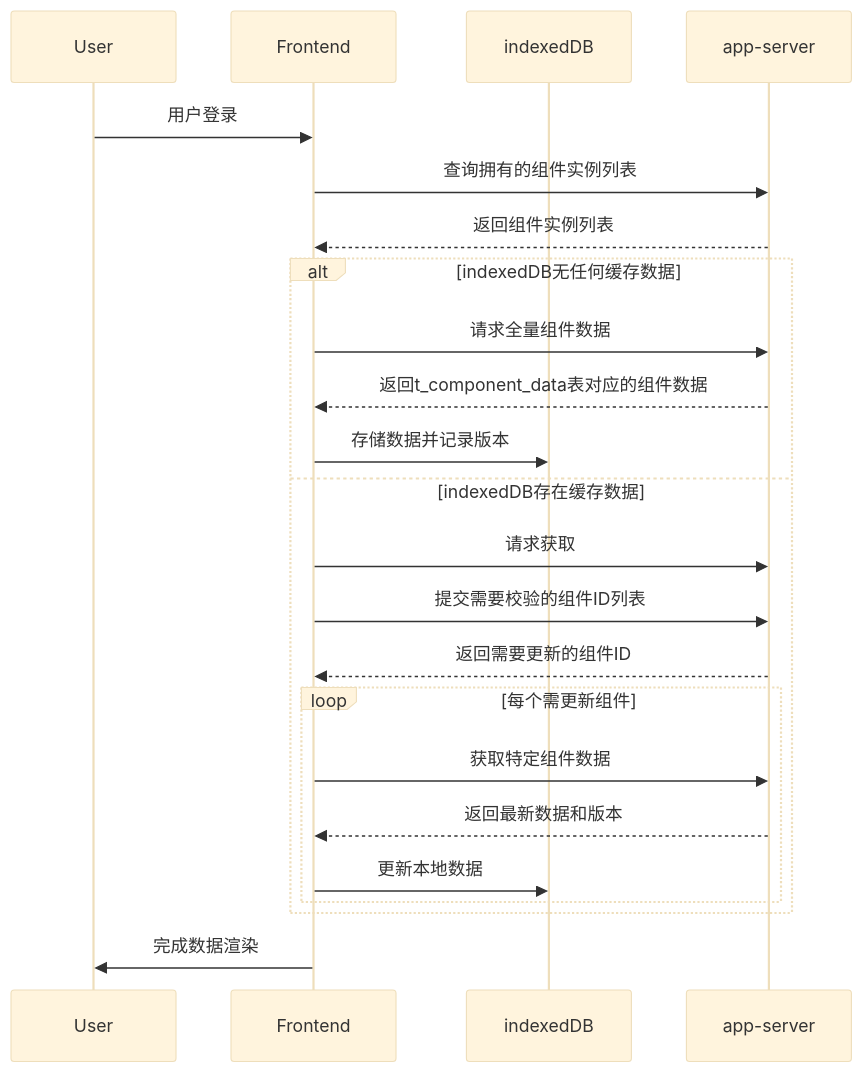
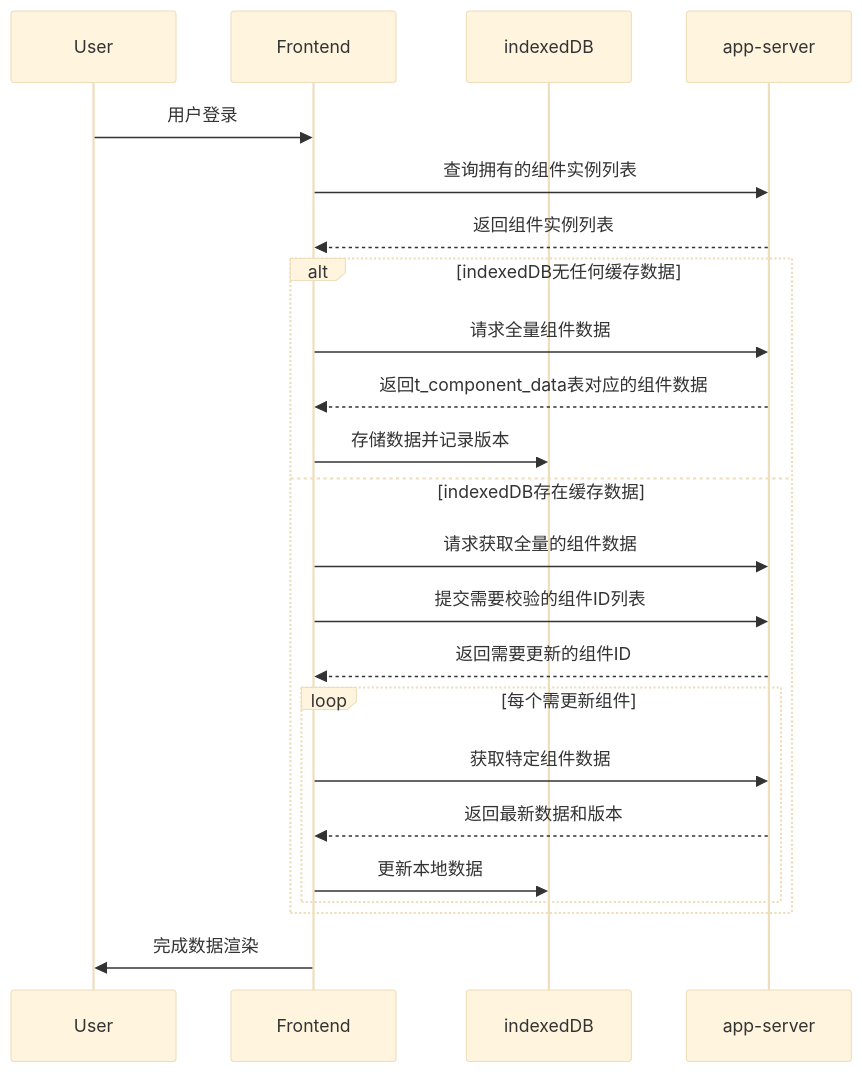
Before and after one commit to yingjianzh/iodraw-files: the diagram in all/未命名-24.md, drawn with Mermaid (base theme).

Commit message:
2025-02-24 17:11:04 update

````diff
--- a/all/未命名-24.md
+++ b/all/未命名-24.md
@@ -1,27 +1,27 @@
 ```mermaid
 sequenceDiagram
     participant User
     participant Frontend
     participant indexedDB
     participant app-server
 
     User->>Frontend: 用户登录
     Frontend->>app-server: 查询拥有的组件实例列表
     app-server-->>Frontend: 返回组件实例列表
     
     alt indexedDB无任何缓存数据
         Frontend->>app-server: 请求全量组件数据
         app-server-->>Frontend: 返回t_component_data表对应的组件数据
         Frontend->>indexedDB: 存储数据并记录版本
     else indexedDB存在缓存数据
-        Frontend->>app-server: 请求获取
+        Frontend->>app-server: 请求获取全量的组件数据
         Frontend->>app-server: 提交需要校验的组件ID列表
         app-server-->>Frontend: 返回需要更新的组件ID
         loop 每个需更新组件
             Frontend->>app-server: 获取特定组件数据
             app-server-->>Frontend: 返回最新数据和版本
             Frontend->>indexedDB: 更新本地数据
         end
     end
     Frontend->>User: 完成数据渲染
 ```
````
